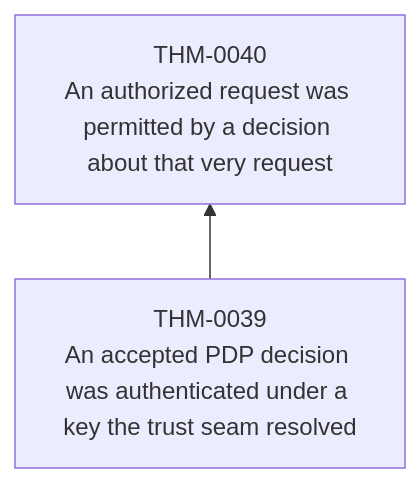
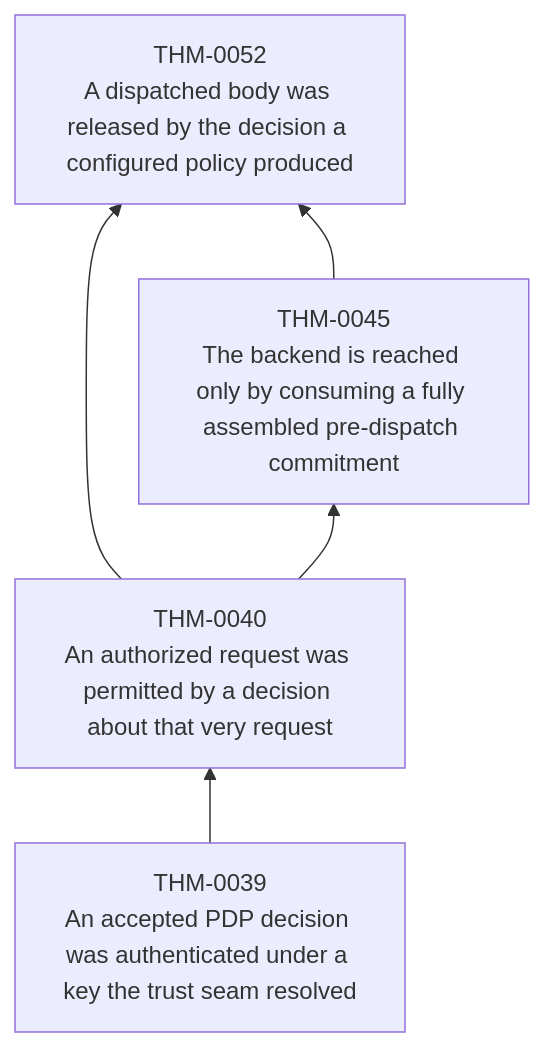
One commit to matssun/mcp-re changed diagram 13 of 21 in verification/generated/theorem-dependencies.md. Above: the diagram before and after it, drawn with Mermaid. The commit also changed other lines of this file and 5 other files, not shown here.

````diff
--- a/verification/generated/theorem-dependencies.md
+++ b/verification/generated/theorem-dependencies.md
@@ -160,6 +164,11 @@
 ```mermaid
 graph BT
     THM_0039["THM-0039<br/>An accepted PDP decision was authenticated under a key the trust seam resolved"]
     THM_0040["THM-0040<br/>An authorized request was permitted by a decision about that very request"]
+    THM_0045["THM-0045<br/>The backend is reached only by consuming a fully assembled pre-dispatch commitment"]
+    THM_0052["THM-0052<br/>A dispatched body was released by the decision a configured policy produced"]
     THM_0039 --> THM_0040
+    THM_0040 --> THM_0045
+    THM_0040 --> THM_0052
+    THM_0045 --> THM_0052
 ```
````
